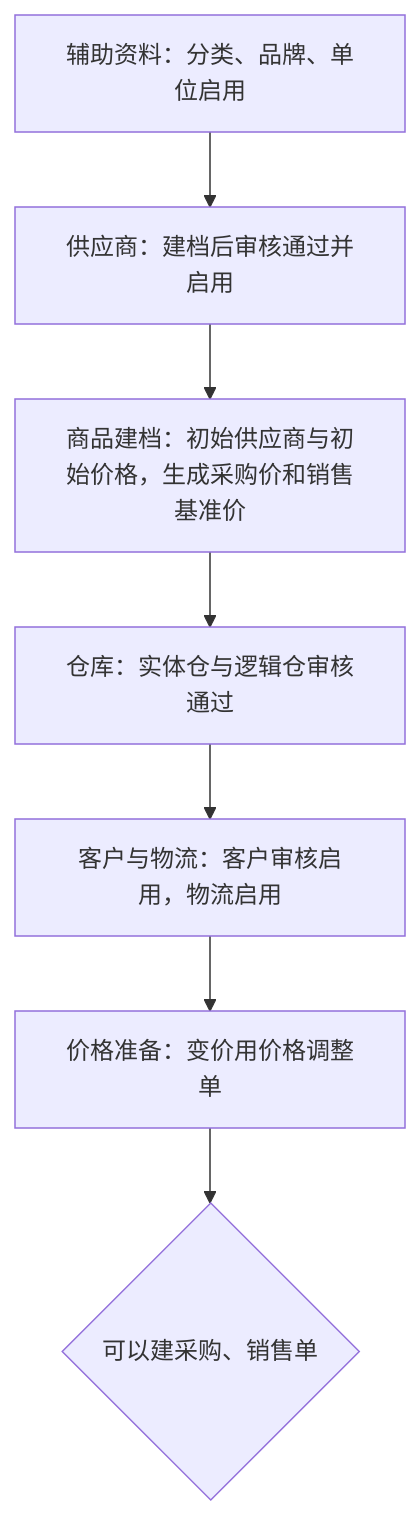
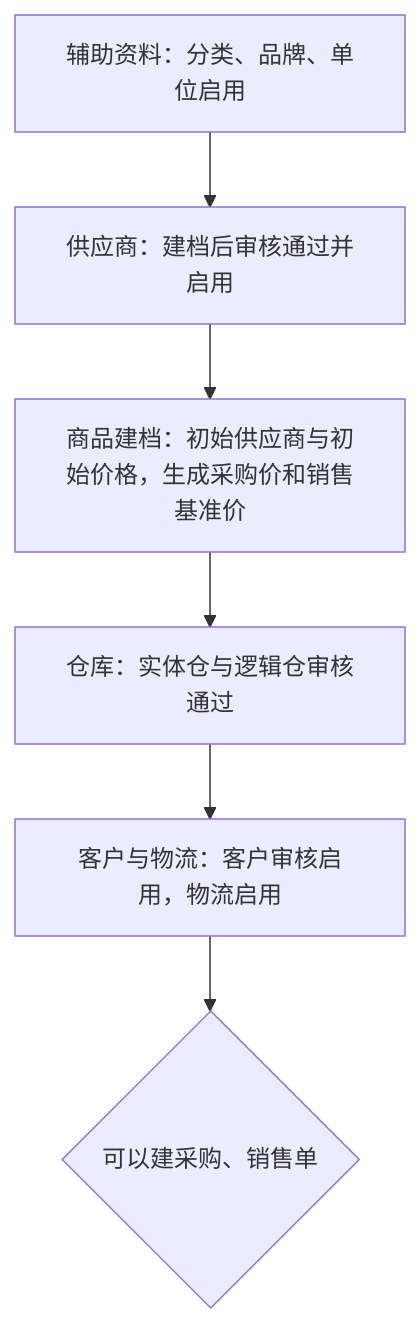
The tenth of 11 diagrams in 04-产品设计方案/20260812-ERP项目第一版框架搭建/系统架构和流程/01-系统流程与单据交互.md (TopVitamin/QS-ERP-Project), drawn with Mermaid before and after one commit. The commit also changed other lines of this file and 19 other files, not shown here.

````diff
--- a/04-产品设计方案/20260812-ERP项目第一版框架搭建/系统架构和流程/01-系统流程与单据交互.md
+++ b/04-产品设计方案/20260812-ERP项目第一版框架搭建/系统架构和流程/01-系统流程与单据交互.md
@@ -320,9 +320,8 @@
 ```mermaid
 flowchart TB
     A[辅助资料：分类、品牌、单位启用] --> B[供应商：建档后审核通过并启用]
     B --> C[商品建档：初始供应商与初始价格，生成采购价和销售基准价]
     C --> D[仓库：实体仓与逻辑仓审核通过]
     D --> E[客户与物流：客户审核启用，物流启用]
-    E --> F[价格准备：变价用价格调整单]
-    F --> G{可以建采购、销售单}
+    E --> G{可以建采购、销售单}
 ```
````
